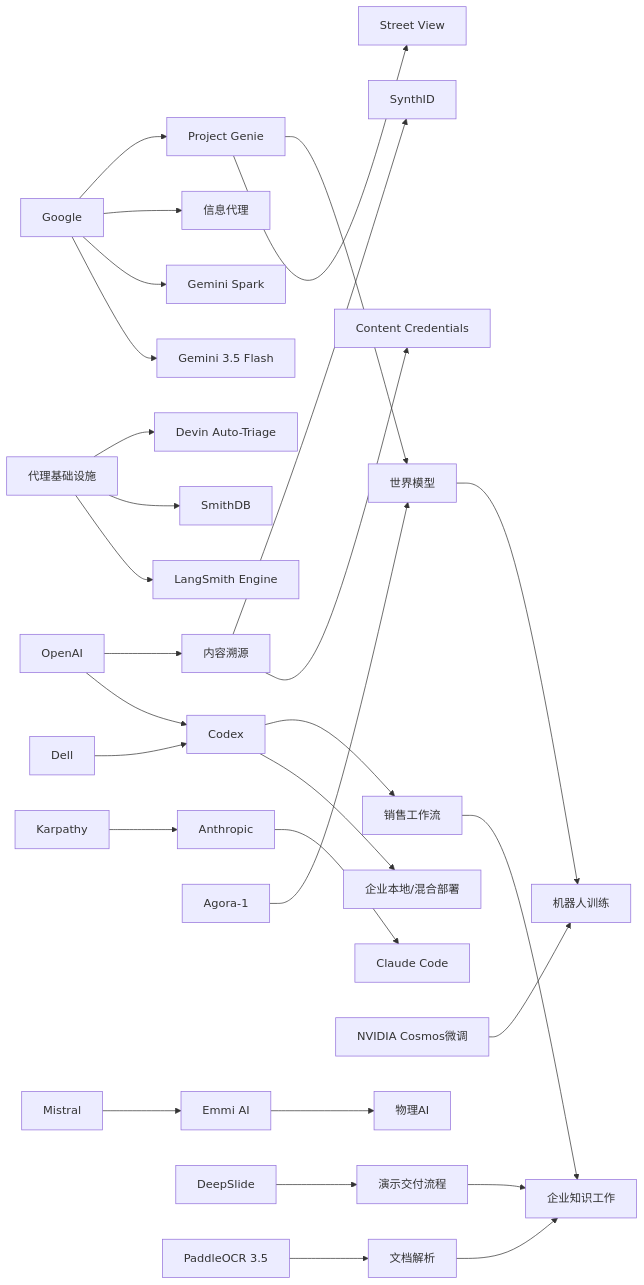
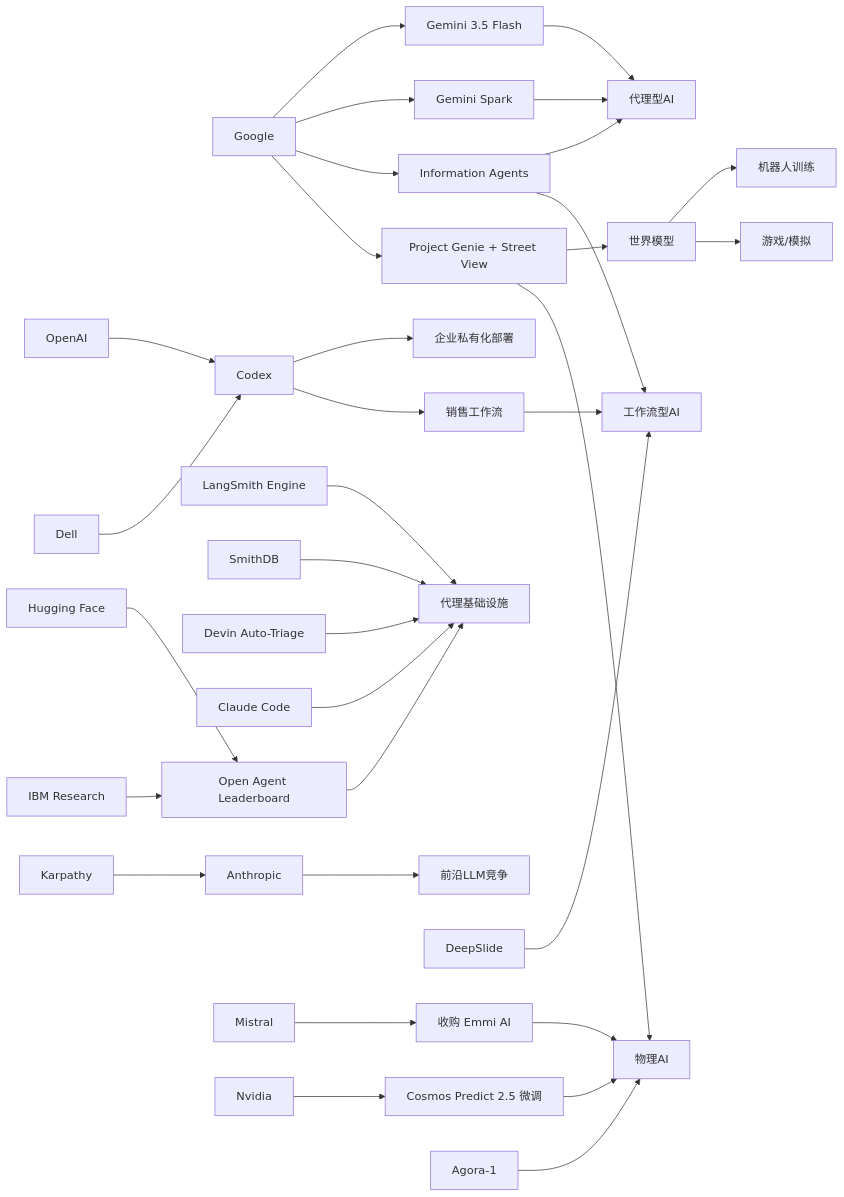
One commit to zhuxinfei/ai-daily-site changed the diagram in content/cn/2026/2026-05/2026-05-19.md. Above: the diagram before and after it, drawn with Mermaid. The commit also changed other lines of this file, not shown here.

````diff
--- a/content/cn/2026/2026-05/2026-05-19.md
+++ b/content/cn/2026/2026-05/2026-05-19.md
@@ -119,35 +110,48 @@
 ```mermaid
 graph LR
-    A[Google] --> B[Gemini 3.5 Flash]
-    A --> C[Gemini Spark]
-    A --> D[信息代理]
-    A --> E[Project Genie]
-    E --> F[Street View]
-    E --> G[世界模型]
+    Google --> Gemini35[Gemini 3.5 Flash]
+    Google --> Spark[Gemini Spark]
+    Google --> InfoAgents[Information Agents]
+    Google --> Genie[Project Genie + Street View]
 
-    H[OpenAI] --> I[Codex]
-    J[Dell] --> I
-    I --> K[企业本地/混合部署]
-    I --> L[销售工作流]
-    H --> M[内容溯源]
-    M --> N[Content Credentials]
-    M --> O[SynthID]
+    Gemini35 --> Agents[代理型AI]
+    Spark --> Agents
+    InfoAgents --> Agents
+    Genie --> WorldModel[世界模型]
+    WorldModel --> Robotics[机器人训练]
+    WorldModel --> Games[游戏/模拟]
 
-    P[代理基础设施] --> Q[LangSmith Engine]
-    P --> R[SmithDB]
-    P --> S[Devin Auto-Triage]
-    T[Anthropic] --> U[Claude Code]
-    V[Karpathy] --> T
+    OpenAI --> Codex[Codex]
+    Dell --> Codex
+    Codex --> Enterprise[企业私有化部署]
+    Codex --> Sales[销售工作流]
 
-    G --> W[机器人训练]
-    X[Agora-1] --> G
-    Y[NVIDIA Cosmos微调] --> W
-    Z[Mistral] --> AA[Emmi AI]
-    AA --> AB[物理AI]
+    LangSmith[LangSmith Engine]
+    SmithDB[SmithDB]
+    Devin[Devin Auto-Triage]
+    ClaudeCode[Claude Code]
+    LangSmith --> AgentInfra[代理基础设施]
+    SmithDB --> AgentInfra
+    Devin --> AgentInfra
+    ClaudeCode --> AgentInfra
 
-    AC[DeepSlide] --> AD[演示交付流程]
-    AE[PaddleOCR 3.5] --> AF[文档解析]
-    AF --> AG[企业知识工作]
-    L --> AG
-    AD --> AG
+    HF[Hugging Face]
+    IBM[IBM Research]
+    HF --> OAL[Open Agent Leaderboard]
+    IBM --> OAL
+    OAL --> AgentInfra
+
+    Karpathy[Karpathy] --> Anthropic
+    Anthropic --> Frontier[前沿LLM竞争]
+
+    DeepSlide --> Workflow[工作流型AI]
+    Sales --> Workflow
+    InfoAgents --> Workflow
+
+    Mistral --> EmmiAI[收购 Emmi AI]
+    EmmiAI --> PhysicalAI[物理AI]
+    Nvidia --> Cosmos[Cosmos Predict 2.5 微调]
+    Cosmos --> PhysicalAI
+    Genie --> PhysicalAI
+    Agora1[Agora-1] --> PhysicalAI
 ```
````
